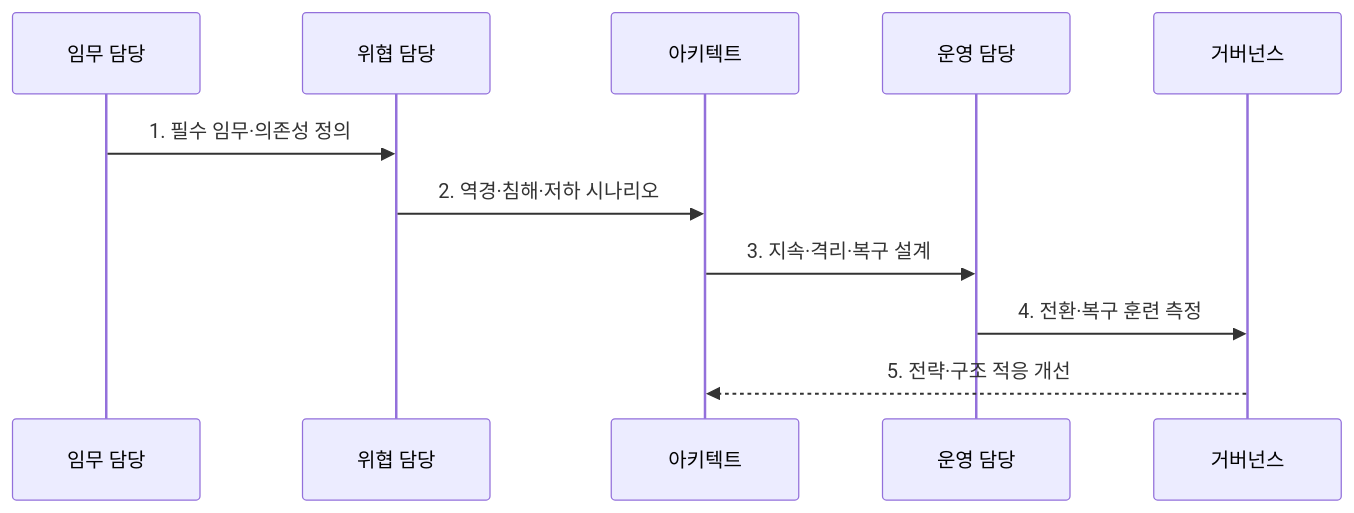
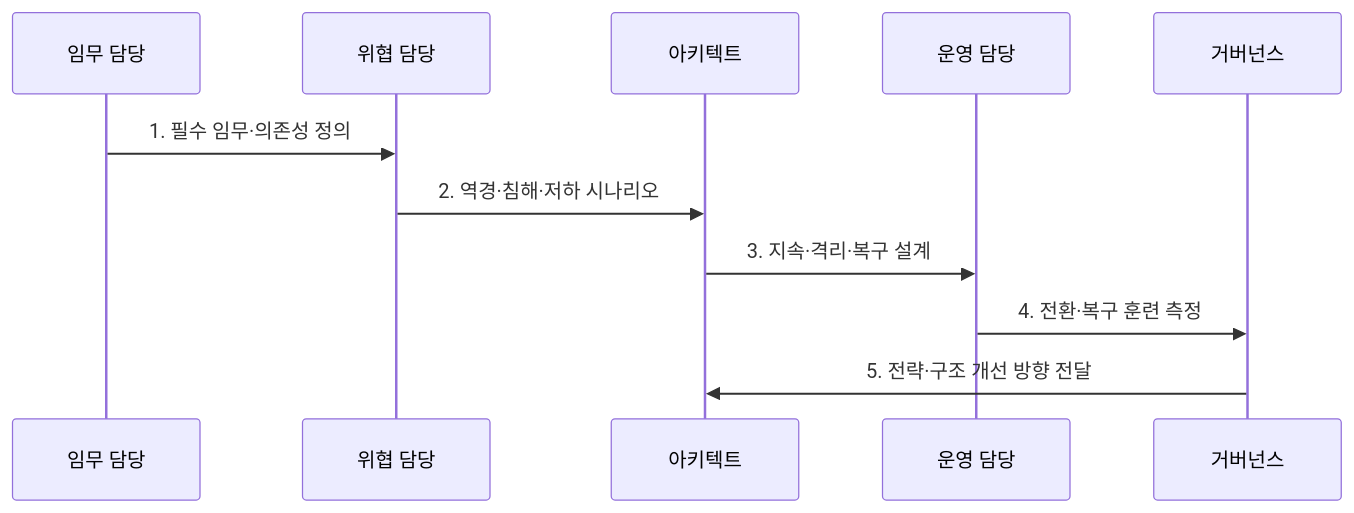
The second of 2 diagrams in src/content/docs/notes/05-security/119_cyber_resilience.md (agnusdei1207/knowledge-base), drawn with Mermaid before and after one commit. The commit also changed other lines of this file and 20 other files, not shown here.

````diff
--- a/src/content/docs/notes/05-security/119_cyber_resilience.md
+++ b/src/content/docs/notes/05-security/119_cyber_resilience.md
@@ -78,13 +79,13 @@
 ```mermaid
 sequenceDiagram
   participant M as 임무 담당
   participant T as 위협 담당
   participant A as 아키텍트
   participant O as 운영 담당
   participant G as 거버넌스
   M->>T: 1. 필수 임무·의존성 정의
   T->>A: 2. 역경·침해·저하 시나리오
   A->>O: 3. 지속·격리·복구 설계
   O->>G: 4. 전환·복구 훈련 측정
-  G-->>A: 5. 전략·구조 적응 개선
+  G->>A: 5. 전략·구조 개선 방향 전달
 ```
````
